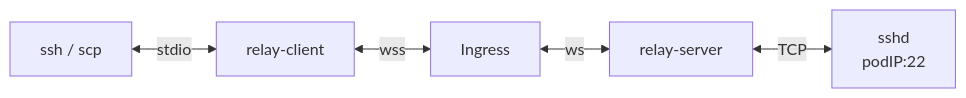
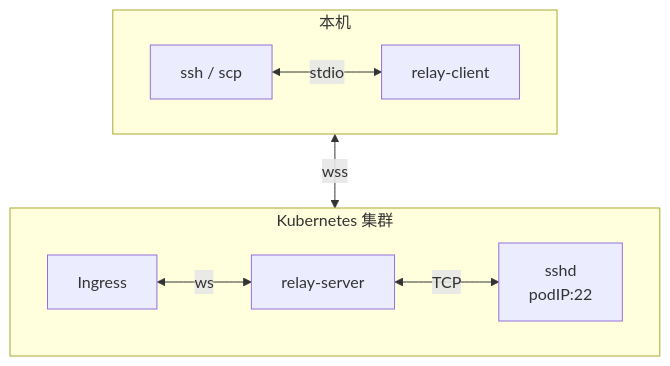
One commit to fqix/k8s-pod-ssh-relay changed the first of 3 diagrams in README.zh-CN.md. Above: the diagram before and after it, drawn with Mermaid. The commit also changed other lines of this file and 1 other file, not shown here.

First line of the commit message:
docs(readme): lay out flowcharts in rows instead of one long line

````diff
--- a/README.zh-CN.md
+++ b/README.zh-CN.md
@@ -7,7 +7,12 @@
 ```mermaid
-flowchart LR
-  ssh["ssh / scp"] <-->|stdio| client["relay-client"]
-  client <-->|wss| ingress["Ingress"]
-  ingress <-->|ws| relay["relay-server"]
-  relay <-->|TCP| sshd["sshd<br/>podIP:22"]
+flowchart TB
+  subgraph local["本机"]
+    direction LR
+    ssh["ssh / scp"] <-->|stdio| client["relay-client"]
+  end
+  subgraph cluster["Kubernetes 集群"]
+    direction LR
+    ingress["Ingress"] <-->|ws| relay["relay-server"] <-->|TCP| sshd["sshd<br/>podIP:22"]
+  end
+  local <-->|wss| cluster
 ```
````
